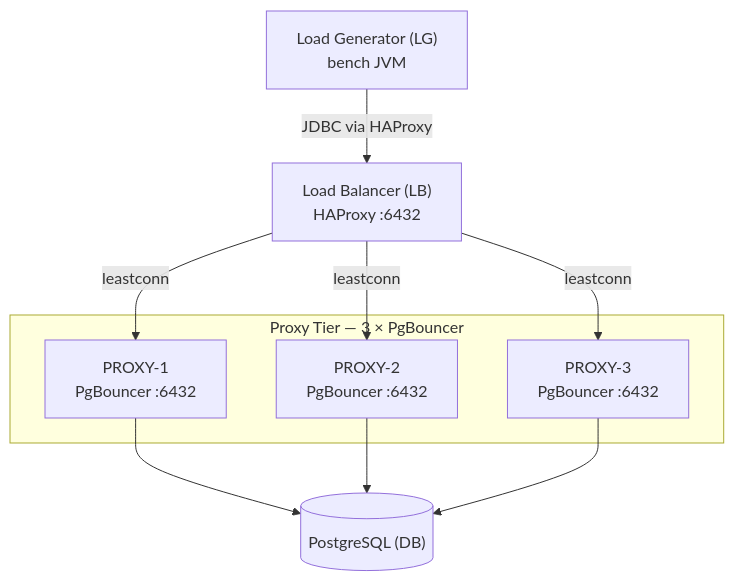
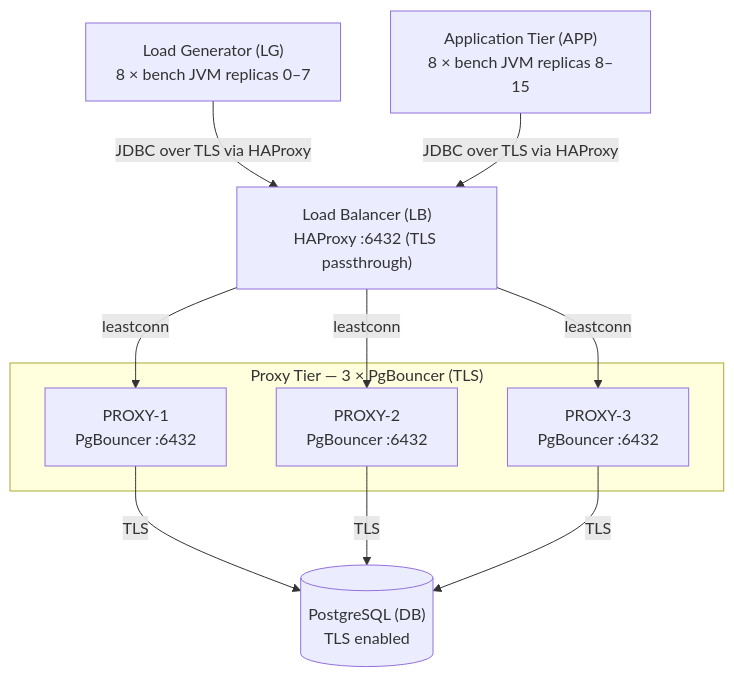
One commit to rrobetti/stressar changed the first of 3 diagrams in docs/BENCHMARKING_GUIDE.md. Above: the diagram before and after it, drawn with Mermaid. The commit also changed other lines of this file and 4 other files, not shown here.

````diff
--- a/docs/BENCHMARKING_GUIDE.md
+++ b/docs/BENCHMARKING_GUIDE.md
@@ -67,21 +71,23 @@
 ```mermaid
 graph TD
-    LG["Load Generator (LG)\nbench JVM"]
-    LB["Load Balancer (LB)\nHAProxy :6432"]
+    LG["Load Generator (LG)\n8 × bench JVM replicas 0–7"]
+    APP["Application Tier (APP)\n8 × bench JVM replicas 8–15"]
+    LB["Load Balancer (LB)\nHAProxy :6432 (TLS passthrough)"]
 
-    subgraph PROXY_TIER ["Proxy Tier — 3 × PgBouncer"]
+    subgraph PROXY_TIER ["Proxy Tier — 3 × PgBouncer (TLS)"]
         P1["PROXY-1\nPgBouncer :6432"]
         P2["PROXY-2\nPgBouncer :6432"]
         P3["PROXY-3\nPgBouncer :6432"]
     end
 
-    DB[("PostgreSQL (DB)")]
+    DB[("PostgreSQL (DB)\nTLS enabled")]
 
-    LG -- "JDBC via HAProxy" --> LB
+    LG -- "JDBC over TLS via HAProxy" --> LB
+    APP -- "JDBC over TLS via HAProxy" --> LB
     LB -- "leastconn" --> P1
     LB -- "leastconn" --> P2
     LB -- "leastconn" --> P3
-    P1 --> DB
-    P2 --> DB
-    P3 --> DB
+    P1 -- "TLS" --> DB
+    P2 -- "TLS" --> DB
+    P3 -- "TLS" --> DB
 ```
````
